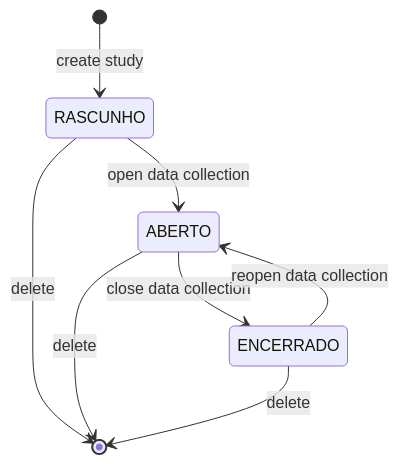
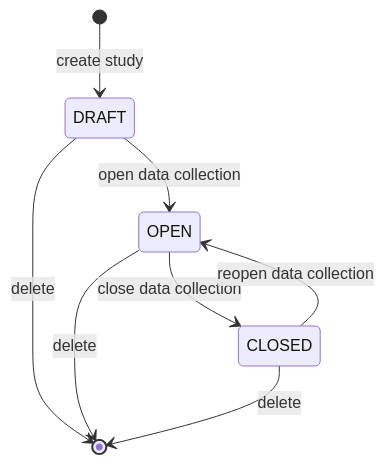
The fifth of 5 diagrams in docs/documentacao/casos-de-uso.md (gabrielfjm/ueq_form_ihc), drawn with Mermaid before and after one commit. The commit also changed 50 other files, not shown here.

First line of the commit message:
deixa os diagramas inteiramente em inglês, também nos nomes das classes, tabelas e estados

````diff
--- a/docs/documentacao/casos-de-uso.md
+++ b/docs/documentacao/casos-de-uso.md
@@ -363,10 +363,10 @@
 ```mermaid
 stateDiagram-v2
-    [*] --> RASCUNHO: create study
-    RASCUNHO --> ABERTO: open data collection
-    ABERTO --> ENCERRADO: close data collection
-    ENCERRADO --> ABERTO: reopen data collection
-    RASCUNHO --> [*]: delete
-    ABERTO --> [*]: delete
-    ENCERRADO --> [*]: delete
+    [*] --> DRAFT: create study
+    DRAFT --> OPEN: open data collection
+    OPEN --> CLOSED: close data collection
+    CLOSED --> OPEN: reopen data collection
+    DRAFT --> [*]: delete
+    OPEN --> [*]: delete
+    CLOSED --> [*]: delete
 ```
````
